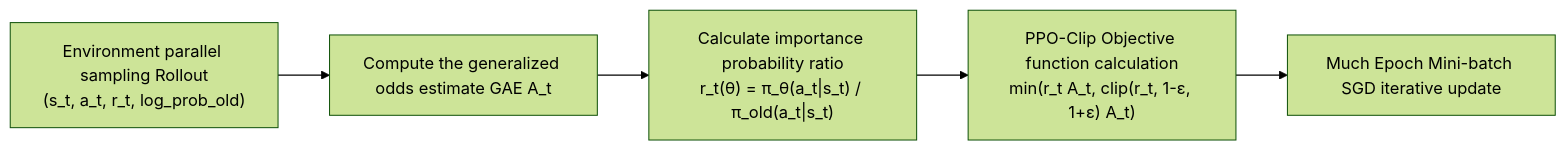
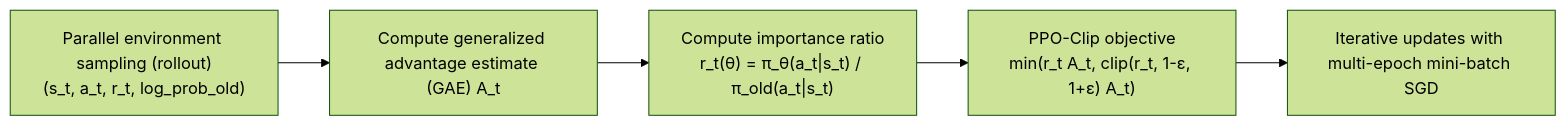
Diagram 15 of 24 in _translations/en/research/Reinforcement-Learning-Survey.md (TingdeLiu/tingdeliu.github.io), drawn with Mermaid (forest theme) before and after one commit. The commit also changed other lines of this file and 51 other files, not shown here.

````diff
--- a/_translations/en/research/Reinforcement-Learning-Survey.md
+++ b/_translations/en/research/Reinforcement-Learning-Survey.md
@@ -1233,7 +1233,7 @@
 ```mermaid
 graph LR
-    A["Environment parallel sampling Rollout<br/>(s_t, a_t, r_t, log_prob_old)"] --> B["Compute the generalized odds estimate GAE A_t"]
-    B --> C["Calculate importance probability ratio<br/>r_t(θ) = π_θ(a_t|s_t) / π_old(a_t|s_t)"]
-    C --> D["PPO-Clip Objective function calculation<br/>min(r_t A_t, clip(r_t, 1-ε, 1+ε) A_t)"]
-    D --> E["Much Epoch Mini-batch SGD iterative update"]
+    A["Parallel environment sampling (rollout)<br/>(s_t, a_t, r_t, log_prob_old)"] --> B["Compute generalized advantage estimate (GAE) A_t"]
+    B --> C["Compute importance ratio<br/>r_t(θ) = π_θ(a_t|s_t) / π_old(a_t|s_t)"]
+    C --> D["PPO-Clip objective<br/>min(r_t A_t, clip(r_t, 1-ε, 1+ε) A_t)"]
+    D --> E["Iterative updates with multi-epoch mini-batch SGD"]
 ```
````
